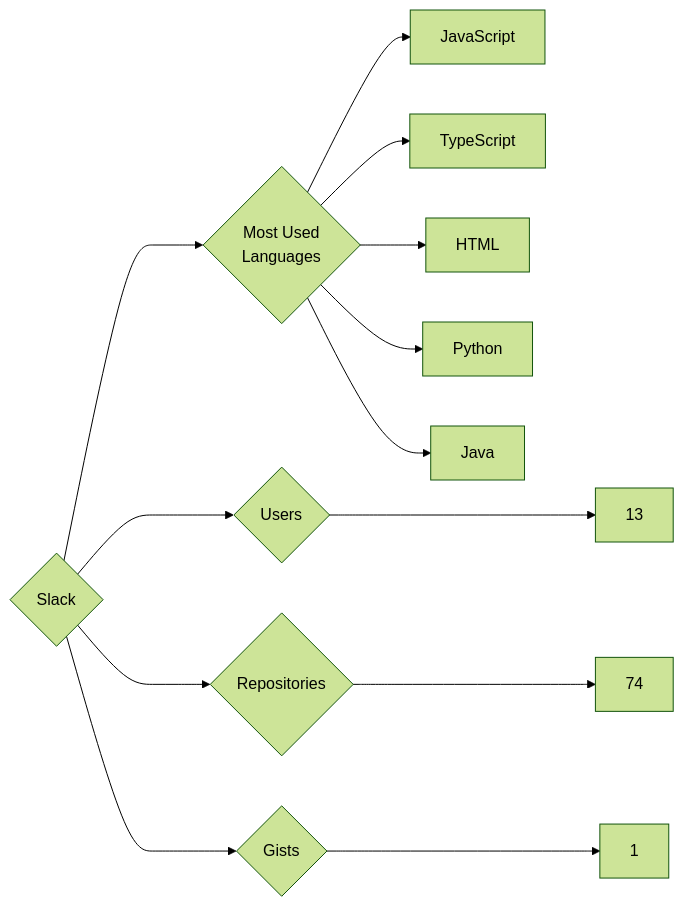
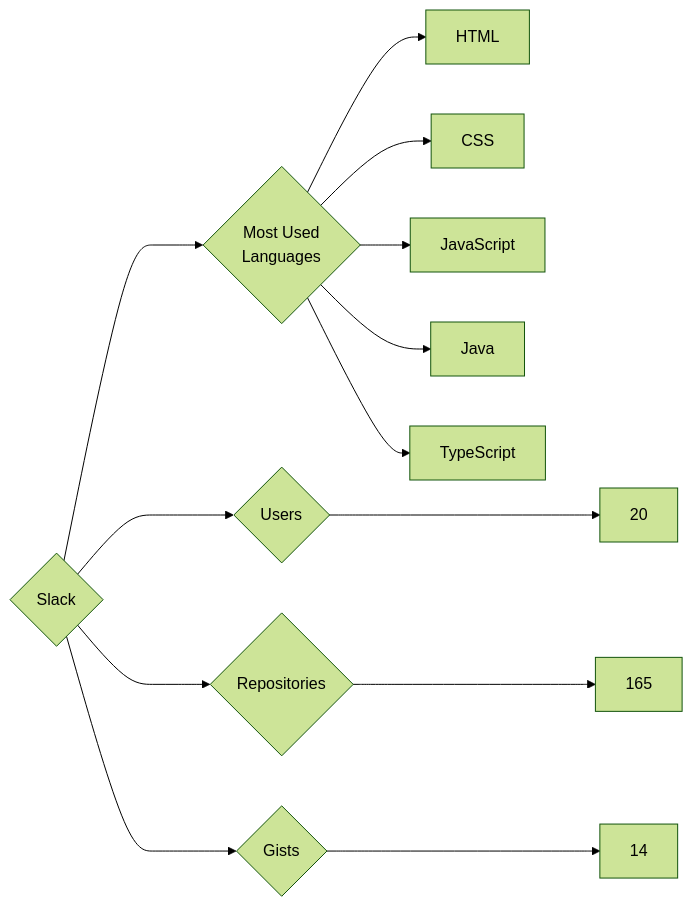
The diagram in targets/Slack/README.md (trickest/insiders), drawn with Mermaid (forest theme) before and after one commit. The commit also changed 806 other files, not shown here.

````diff
--- a/targets/Slack/README.md
+++ b/targets/Slack/README.md
@@ -3,13 +3,13 @@
 ```mermaid
 graph LR
 COMPANY_NAME{Slack}
-COMPANY_NAME ---> U{Users} ---> UN[13]
-COMPANY_NAME ---> R{Repositories} ---> RN[74]
-COMPANY_NAME ---> G{Gists} ---> GN[1]
+COMPANY_NAME ---> U{Users} ---> UN[20]
+COMPANY_NAME ---> R{Repositories} ---> RN[165]
+COMPANY_NAME ---> G{Gists} ---> GN[14]
 COMPANY_NAME ---> ML{Most Used<br>Languages}
+ML --> HTML[HTML]
+ML --> CSS[CSS]
 ML --> JavaScript[JavaScript]
+ML --> Java[Java]
 ML --> TypeScript[TypeScript]
-ML --> HTML[HTML]
-ML --> Python[Python]
-ML --> Java[Java]
 ```
````
